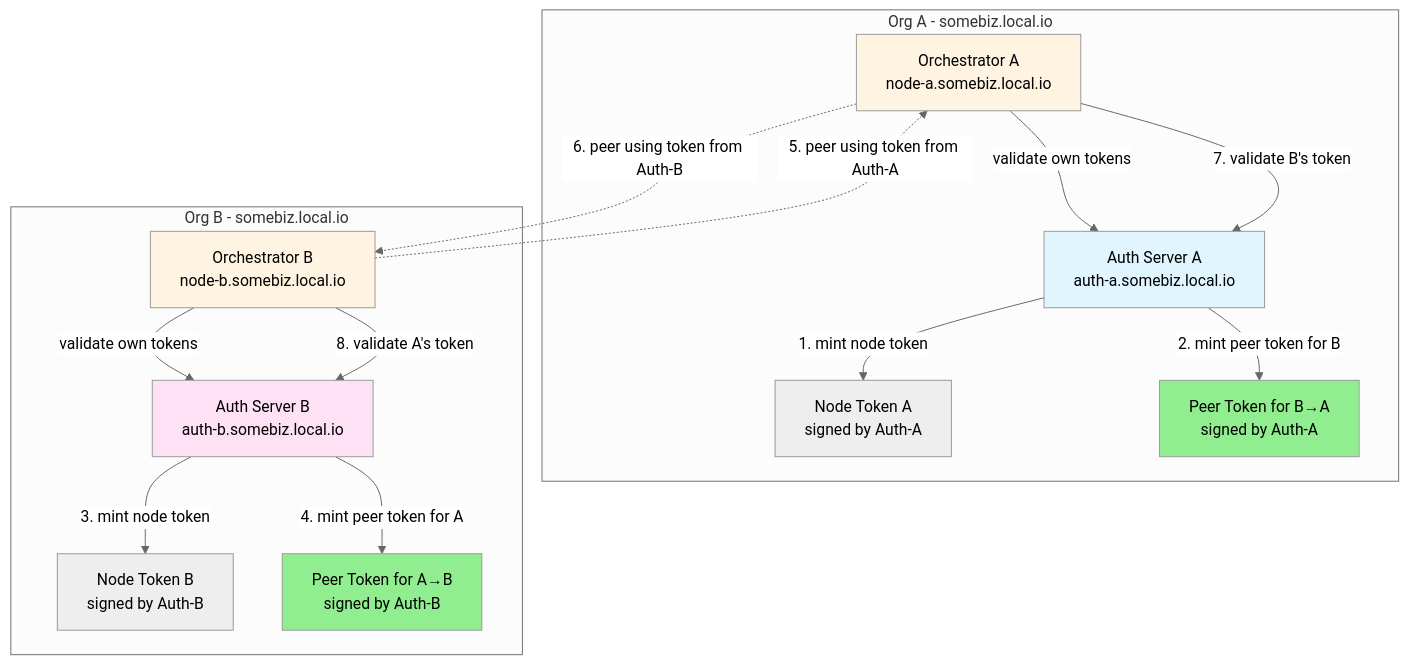
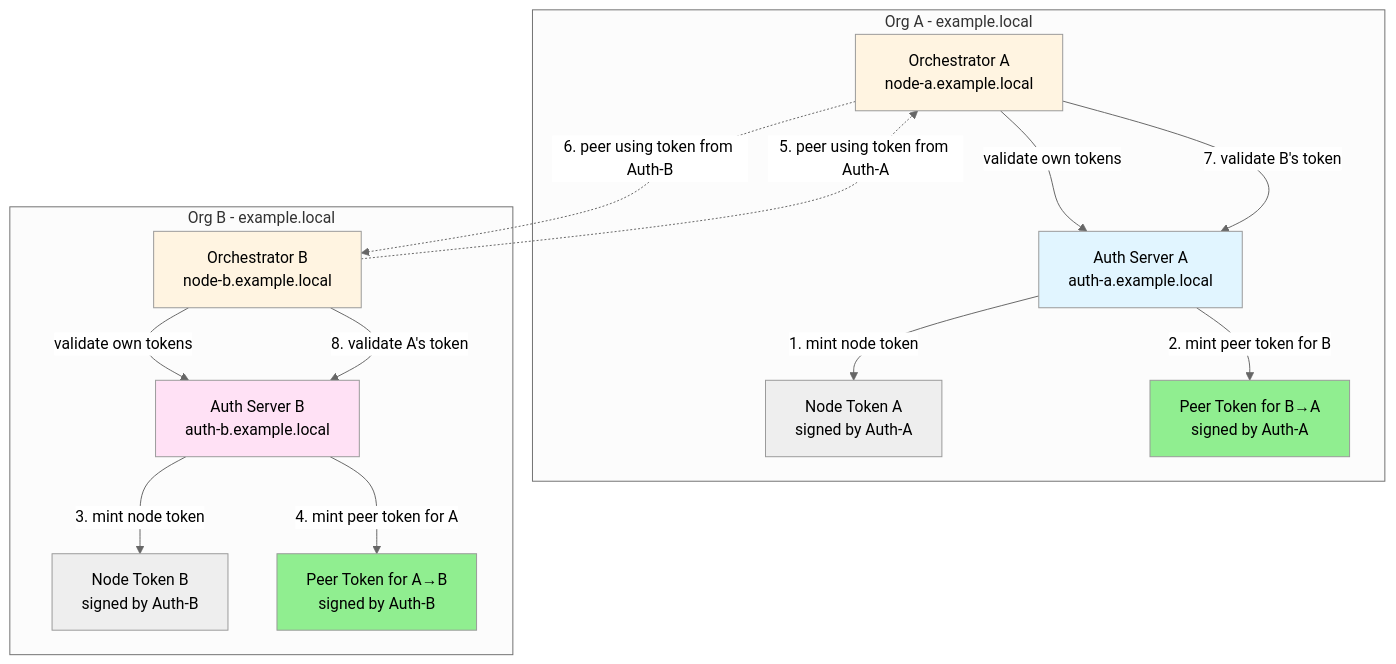
The second of 2 diagrams in apps/orchestrator/tests/PEERING_TEST_ARCHITECTURE.md (orbisoperations/catalyst-router), drawn with Mermaid (neutral theme) before and after one commit. The commit also changed other lines of this file and 8 other files, not shown here.

First line of the commit message:
feat(config): add FQDN validation schemas and helper functions

````diff
--- a/apps/orchestrator/tests/PEERING_TEST_ARCHITECTURE.md
+++ b/apps/orchestrator/tests/PEERING_TEST_ARCHITECTURE.md
@@ -75,37 +75,37 @@
 ```mermaid
 graph TB
-    subgraph "Org A - somebiz.local.io"
-        AuthA[Auth Server A<br/>auth-a.somebiz.local.io]
-        OrcA[Orchestrator A<br/>node-a.somebiz.local.io]
+    subgraph "Org A - example.local"
+        AuthA[Auth Server A<br/>auth-a.example.local]
+        OrcA[Orchestrator A<br/>node-a.example.local]
         NodeTokenA[Node Token A<br/>signed by Auth-A]
         PeerTokenB2A[Peer Token for B→A<br/>signed by Auth-A]
     end
 
-    subgraph "Org B - somebiz.local.io"
-        AuthB[Auth Server B<br/>auth-b.somebiz.local.io]
-        OrcB[Orchestrator B<br/>node-b.somebiz.local.io]
+    subgraph "Org B - example.local"
+        AuthB[Auth Server B<br/>auth-b.example.local]
+        OrcB[Orchestrator B<br/>node-b.example.local]
         NodeTokenB[Node Token B<br/>signed by Auth-B]
         PeerTokenA2B[Peer Token for A→B<br/>signed by Auth-B]
     end
 
     AuthA -->|"1. mint node token"| NodeTokenA
     AuthA -->|"2. mint peer token for B"| PeerTokenB2A
     AuthB -->|"3. mint node token"| NodeTokenB
     AuthB -->|"4. mint peer token for A"| PeerTokenA2B
 
     OrcA -->|"validate own tokens"| AuthA
     OrcB -->|"validate own tokens"| AuthB
 
     OrcB -.->|"5. peer using token from Auth-A"| OrcA
     OrcA -.->|"6. peer using token from Auth-B"| OrcB
 
     OrcA -->|"7. validate B's token"| AuthA
     OrcB -->|"8. validate A's token"| AuthB
 
     style AuthA fill:#e1f5ff
     style AuthB fill:#ffe1f5
     style OrcA fill:#fff4e1
     style OrcB fill:#fff4e1
     style PeerTokenB2A fill:#90EE90
     style PeerTokenA2B fill:#90EE90
 ```
````
